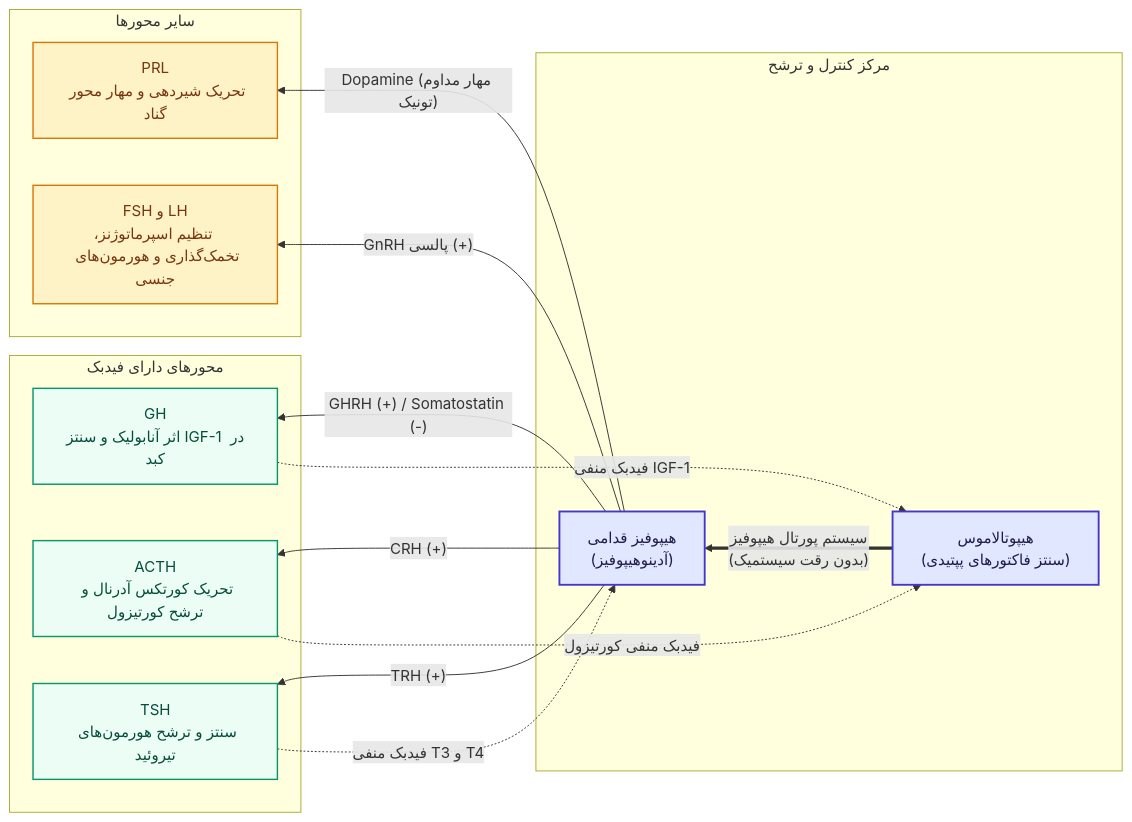
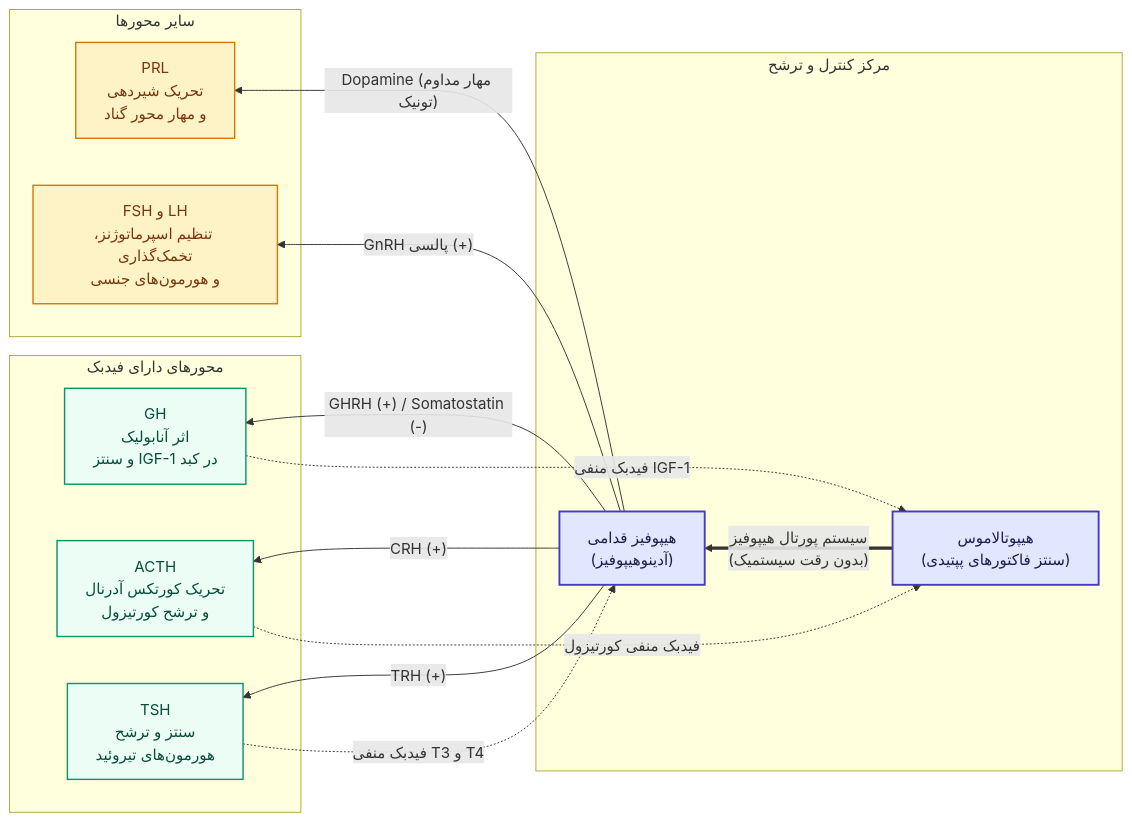
Before and after one commit to neopulse-hub/TUMS-1402-1-neo: the first of 6 diagrams in 07/مبانی غدد/هیپوفیز قدامی و هیپوتالاموس.md, drawn with Mermaid. The commit also changed other lines of this file, not shown here.

````diff
--- a/07/مبانی غدد/هیپوفیز قدامی و هیپوتالاموس.md
+++ b/07/مبانی غدد/هیپوفیز قدامی و هیپوتالاموس.md
@@ -26,48 +26,48 @@
 ```mermaid
 flowchart RL
 
     %% -----------------------------
     %% ساختار لایه‌ای از چپ به راست
     %% -----------------------------
     subgraph Control ["مرکز کنترل و ترشح"]
         Hypo["هیپوتالاموس<br/>(سنتز فاکتورهای پپتیدی)"]
         AntPit["هیپوفیز قدامی<br/>(آدینوهیپوفیز)"]
     end
 
     subgraph FeedbackAxes ["محورهای دارای فیدبک"]
-        GH["GH<br/>اثر آنابولیک و سنتز IGF-1 در کبد"]
-        ACTH["ACTH<br/>تحریک کورتکس آدرنال و ترشح کورتیزول"]
-        TSH["TSH<br/>سنتز و ترشح هورمون‌های تیروئید"]
+        GH["GH<br/>اثر آنابولیک<br>و سنتز IGF-1 در کبد"]
+        ACTH["ACTH<br/>تحریک کورتکس آدرنال<br>و ترشح کورتیزول"]
+        TSH["TSH<br/>سنتز و ترشح<br>هورمون‌های تیروئید"]
     end
 
     subgraph DirectAxes ["سایر محورها"]
-        PRL["PRL<br/>تحریک شیردهی و مهار محور گناد"]
-        Gonadotropins["FSH و LH<br/>تنظیم اسپرماتوژنز، تخمک‌گذاری و هورمون‌های جنسی"]
+        PRL["PRL<br/>تحریک شیردهی<br>و مهار محور گناد"]
+        Gonadotropins["FSH و LH<br/>تنظیم اسپرماتوژنز، تخمک‌گذاری<br>و هورمون‌های جنسی"]
     end
 
     %% اتصال پورتال
     Hypo ==>|"سیستم پورتال هیپوفیز<br/>(بدون رقت سیستمیک)"| AntPit
 
     %% مسیرهای پیش‌رو به محورهای دارای فیدبک
     AntPit -->|"GHRH (+) / Somatostatin (-)"| GH
     AntPit -->|"CRH (+)"| ACTH
     AntPit -->|"TRH (+)"| TSH
 
     %% مسیرهای پیش‌‌رو به سایر محورها
     AntPit -->|"Dopamine (مهار مداوم تونیک)"| PRL
     AntPit -->|"GnRH پالسی (+)"| Gonadotropins
 
     %% خطوط فیدبک منفی (مسیر تمیز به عقب بدون تداخل)
     GH -.->|"فیدبک منفی IGF-1"| Hypo
     ACTH -.->|"فیدبک منفی کورتیزول"| Hypo
     TSH -.->|"فیدبک منفی T3 و T4"| AntPit
 
     %% استایل و رنگ‌بندی تمیز
     classDef center fill:#e0e7ff,stroke:#4338ca,stroke-width:2px,color:#1e1b4b;
     classDef feedbackNode fill:#ecfdf5,stroke:#059669,stroke-width:1.5px,color:#064e3b;
     classDef directNode fill:#fef3c7,stroke:#d97706,stroke-width:1.5px,color:#78350f;
 
     class Hypo,AntPit center;
     class GH,ACTH,TSH feedbackNode;
     class PRL,Gonadotropins directNode;
 ```
````
